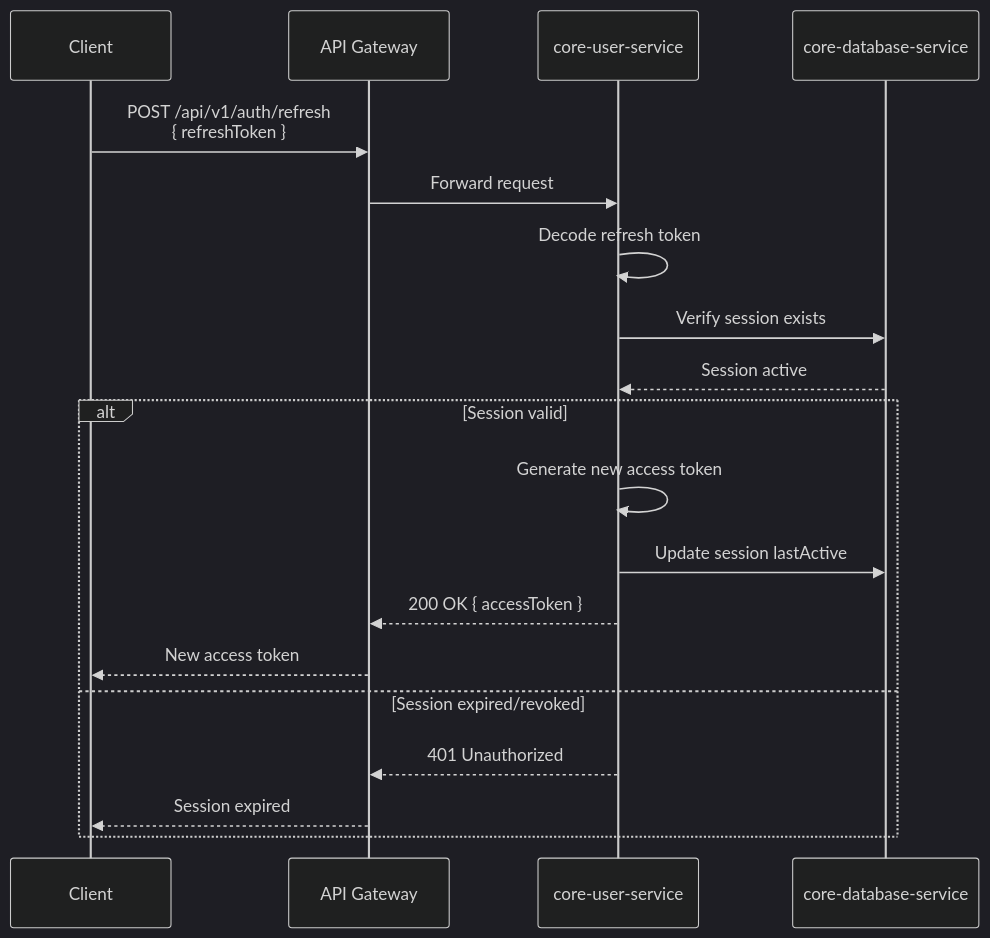
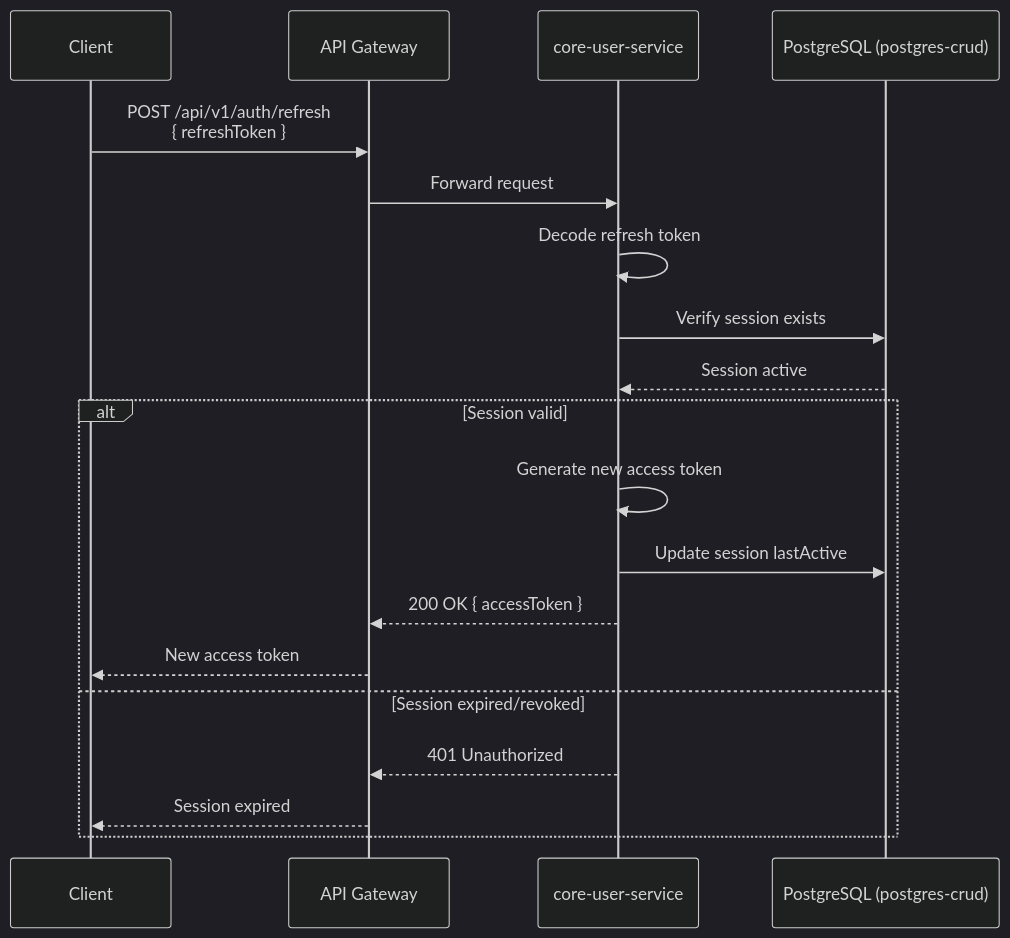
The sixth of 6 diagrams in microservices/core-user-service.md (VisioBook-ESP/docs-architecture), drawn with Mermaid (dark theme) before and after one commit. The commit also changed other lines of this file and 15 other files, not shown here.

````diff
--- a/microservices/core-user-service.md
+++ b/microservices/core-user-service.md
@@ -385,24 +385,24 @@
 ```mermaid
 sequenceDiagram
     participant C as Client
     participant GW as API Gateway
     participant US as core-user-service
-    participant DB as core-database-service
+    participant PG as PostgreSQL (postgres-crud)
 
     C->>GW: POST /api/v1/auth/refresh<br/>{ refreshToken }
     GW->>US: Forward request
 
     US->>US: Decode refresh token
-    US->>DB: Verify session exists
-    DB-->>US: Session active
+    US->>PG: Verify session exists
+    PG-->>US: Session active
 
     alt Session valid
         US->>US: Generate new access token
-        US->>DB: Update session lastActive
+        US->>PG: Update session lastActive
         US-->>GW: 200 OK { accessToken }
         GW-->>C: New access token
     else Session expired/revoked
         US-->>GW: 401 Unauthorized
         GW-->>C: Session expired
     end
 ```
````
